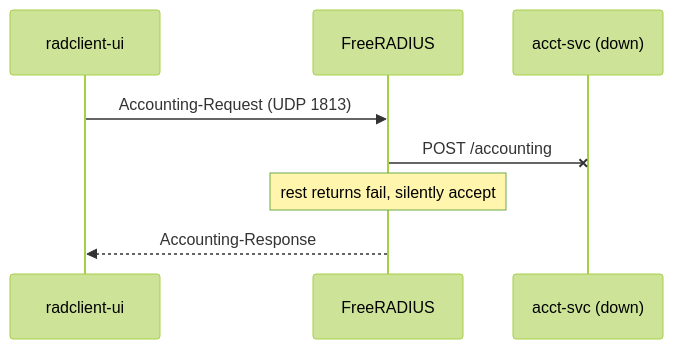
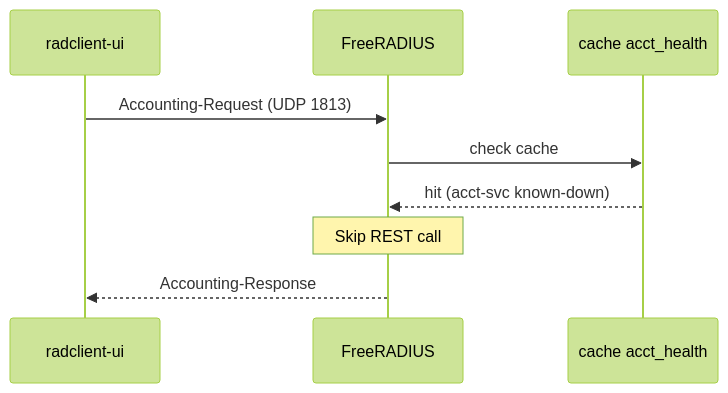
One commit to Work-Systems-Ltd/freeradius-http-auth changed the eighth of 8 diagrams in README.md. Above: the diagram before and after it, drawn with Mermaid (forest theme). The commit also changed other lines of this file and 4 other files, not shown here.

Commit message:
refactor: enhance caching logic for acct-svc and update request handling

````diff
--- a/README.md
+++ b/README.md
@@ -133,11 +155,12 @@
 ```mermaid
 sequenceDiagram
     participant UI as radclient-ui
     participant FR as FreeRADIUS
-    participant AC as acct-svc (down)
+    participant CA as cache acct_health
 
     UI->>FR: Accounting-Request (UDP 1813)
-    FR-xAC: POST /accounting
-    Note over FR: rest returns fail, silently accept
+    FR->>CA: check cache
+    CA-->>FR: hit (acct-svc known-down)
+    Note over FR: Skip REST call
     FR-->>UI: Accounting-Response
 ```
````
